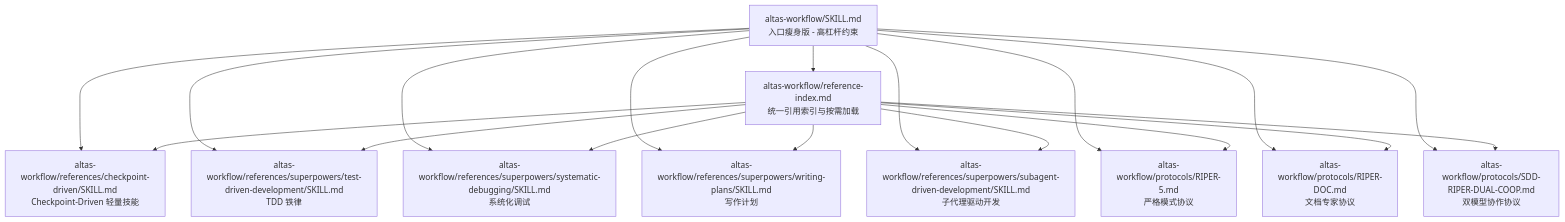
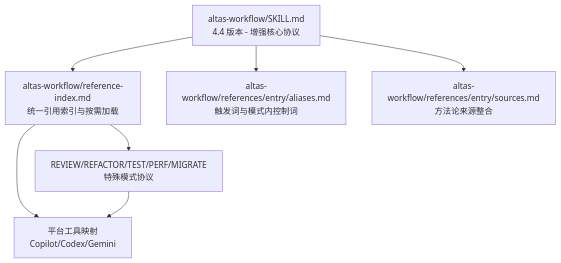
Before and after one commit to AngelWings1997/altas: the first of 8 diagrams in .qoder/repowiki/zh/content/核心协议/核心协议.md, drawn with Mermaid. The commit also changed other lines of this file and 7 other files, not shown here.

````diff
--- a/.qoder/repowiki/zh/content/核心协议/核心协议.md
+++ b/.qoder/repowiki/zh/content/核心协议/核心协议.md
@@ -57,30 +70,15 @@
 ```mermaid
 graph TB
-主协议["altas-workflow/SKILL.md<br/>入口瘦身版 - 高杠杆约束"]
+主协议["altas-workflow/SKILL.md<br/>4.4 版本 - 增强核心协议"]
 索引["altas-workflow/reference-index.md<br/>统一引用索引与按需加载"]
-子协议1["altas-workflow/protocols/RIPER-5.md<br/>严格模式协议"]
-子协议2["altas-workflow/protocols/RIPER-DOC.md<br/>文档专家协议"]
-子协议3["altas-workflow/protocols/SDD-RIPER-DUAL-COOP.md<br/>双模型协作协议"]
-技能1["altas-workflow/references/checkpoint-driven/SKILL.md<br/>Checkpoint-Driven 轻量技能"]
-技能2["altas-workflow/references/superpowers/test-driven-development/SKILL.md<br/>TDD 铁律"]
-技能3["altas-workflow/references/superpowers/systematic-debugging/SKILL.md<br/>系统化调试"]
-技能4["altas-workflow/references/superpowers/writing-plans/SKILL.md<br/>写作计划"]
-技能5["altas-workflow/references/superpowers/subagent-driven-development/SKILL.md<br/>子代理驱动开发"]
+别名["altas-workflow/references/entry/aliases.md<br/>触发词与模式内控制词"]
+来源["altas-workflow/references/entry/sources.md<br/>方法论来源整合"]
+特殊模式["REVIEW/REFACTOR/TEST/PERF/MIGRATE<br/>特殊模式协议"]
+工具适配["平台工具映射<br/>Copilot/Codex/Gemini"]
 主协议 --> 索引
-主协议 --> 子协议1
-主协议 --> 子协议2
-主协议 --> 子协议3
-主协议 --> 技能1
-主协议 --> 技能2
-主协议 --> 技能3
-主协议 --> 技能4
-主协议 --> 技能5
-索引 --> 技能1
-索引 --> 技能2
-索引 --> 技能3
-索引 --> 技能4
-索引 --> 技能5
-索引 --> 子协议1
-索引 --> 子协议2
-索引 --> 子协议3
+主协议 --> 别名
+主协议 --> 来源
+索引 --> 特殊模式
+索引 --> 工具适配
+特殊模式 --> 工具适配
 ```
````
